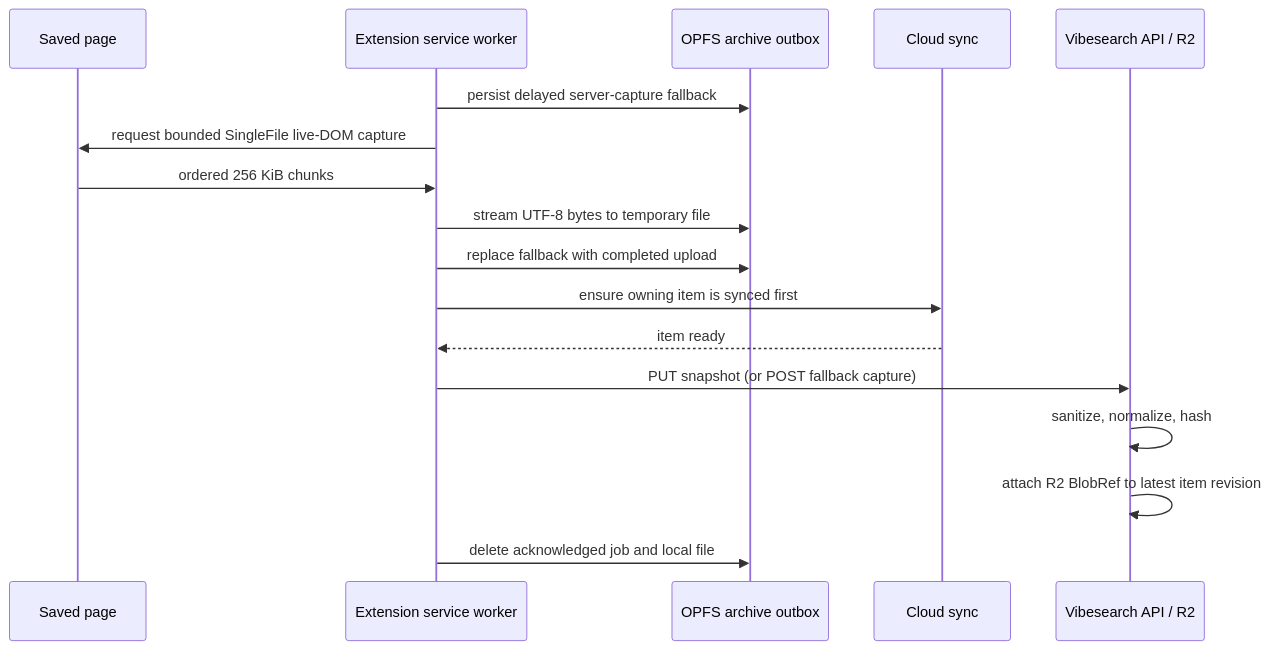
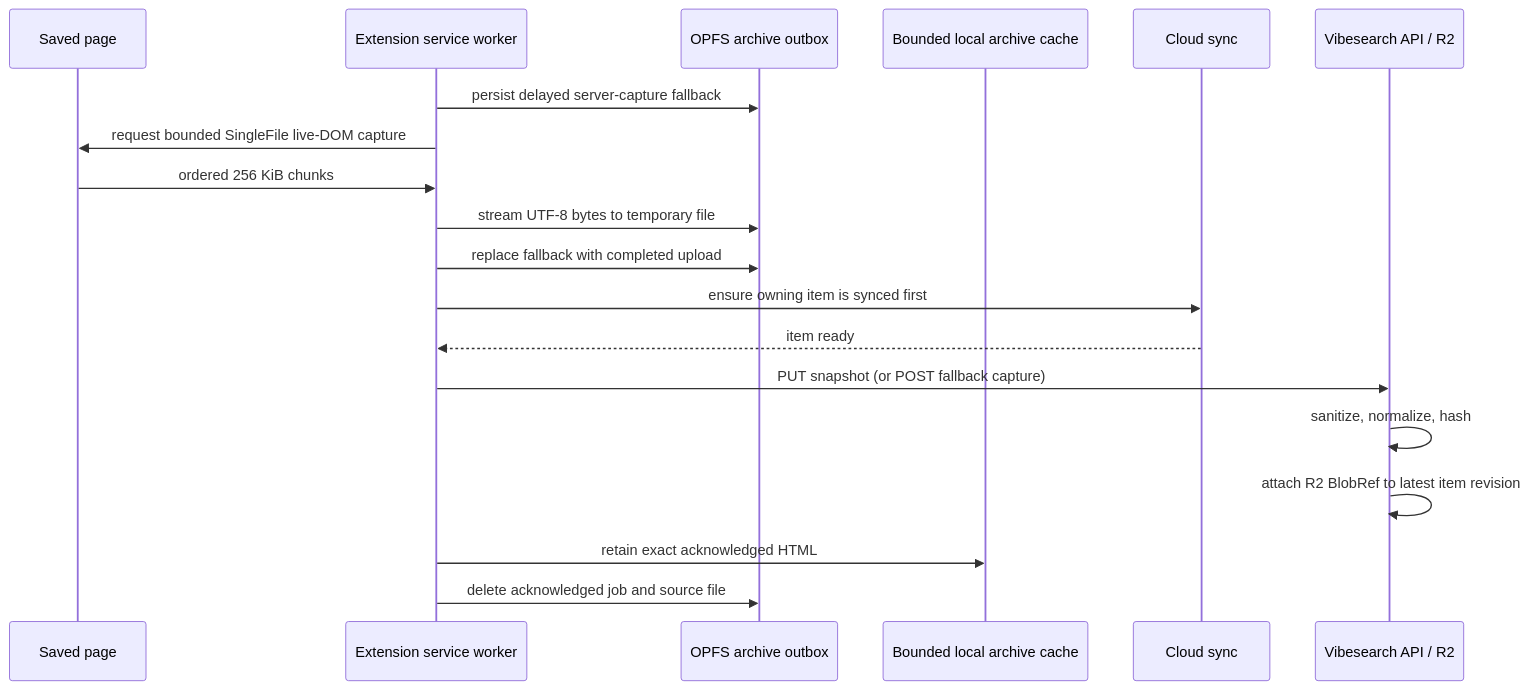
Before and after one commit to 0xHecker/vibesearch-extension-mirror: the diagram in docs/architecture/offline-archives.md, drawn with Mermaid. The commit also changed other lines of this file and 64 other files, not shown here.

````diff
--- a/docs/architecture/offline-archives.md
+++ b/docs/architecture/offline-archives.md
@@ -15,20 +17,22 @@
 ```mermaid
 sequenceDiagram
     participant P as Saved page
     participant SW as Extension service worker
     participant O as OPFS archive outbox
+    participant L as Bounded local archive cache
     participant C as Cloud sync
     participant API as Vibesearch API / R2
 
     SW->>O: persist delayed server-capture fallback
     SW->>P: request bounded SingleFile live-DOM capture
     P->>SW: ordered 256 KiB chunks
     SW->>O: stream UTF-8 bytes to temporary file
     SW->>O: replace fallback with completed upload
     SW->>C: ensure owning item is synced first
     C-->>SW: item ready
     SW->>API: PUT snapshot (or POST fallback capture)
     API->>API: sanitize, normalize, hash
     API->>API: attach R2 BlobRef to latest item revision
-    SW->>O: delete acknowledged job and local file
+    SW->>L: retain exact acknowledged HTML
+    SW->>O: delete acknowledged job and source file
 ```
````
